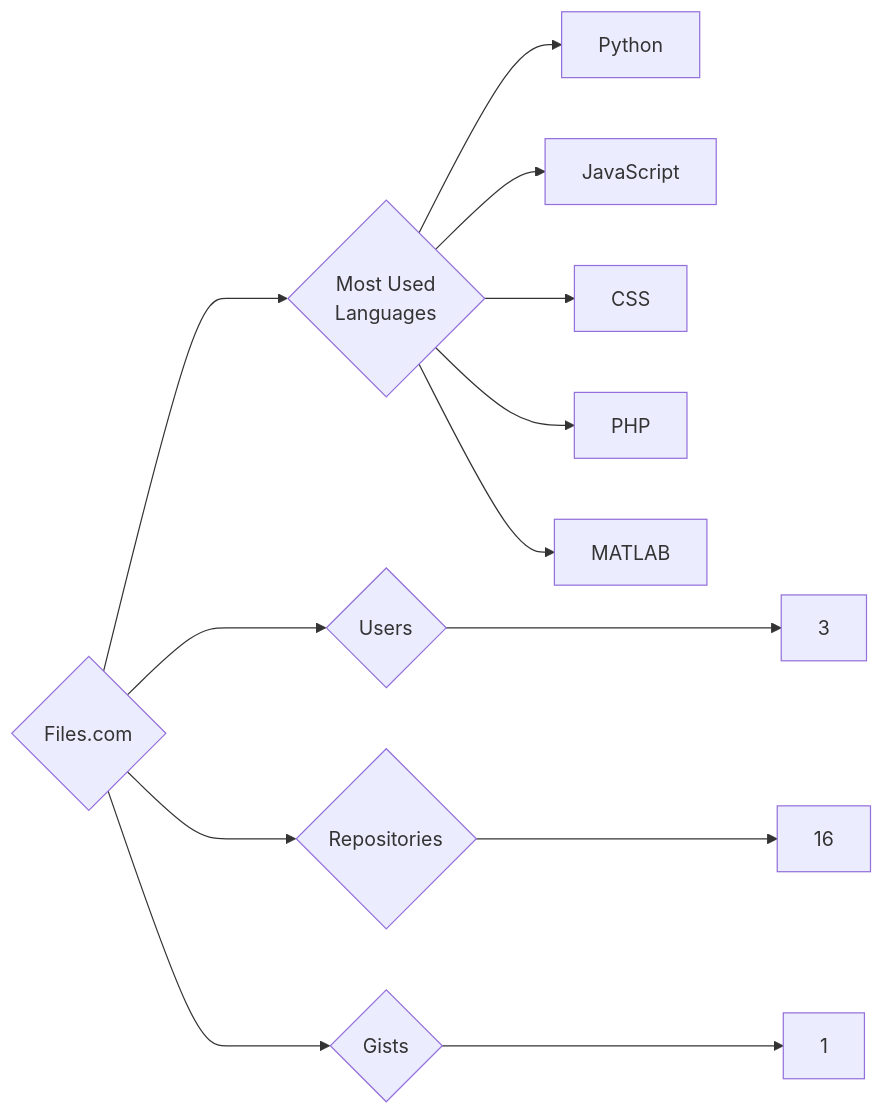
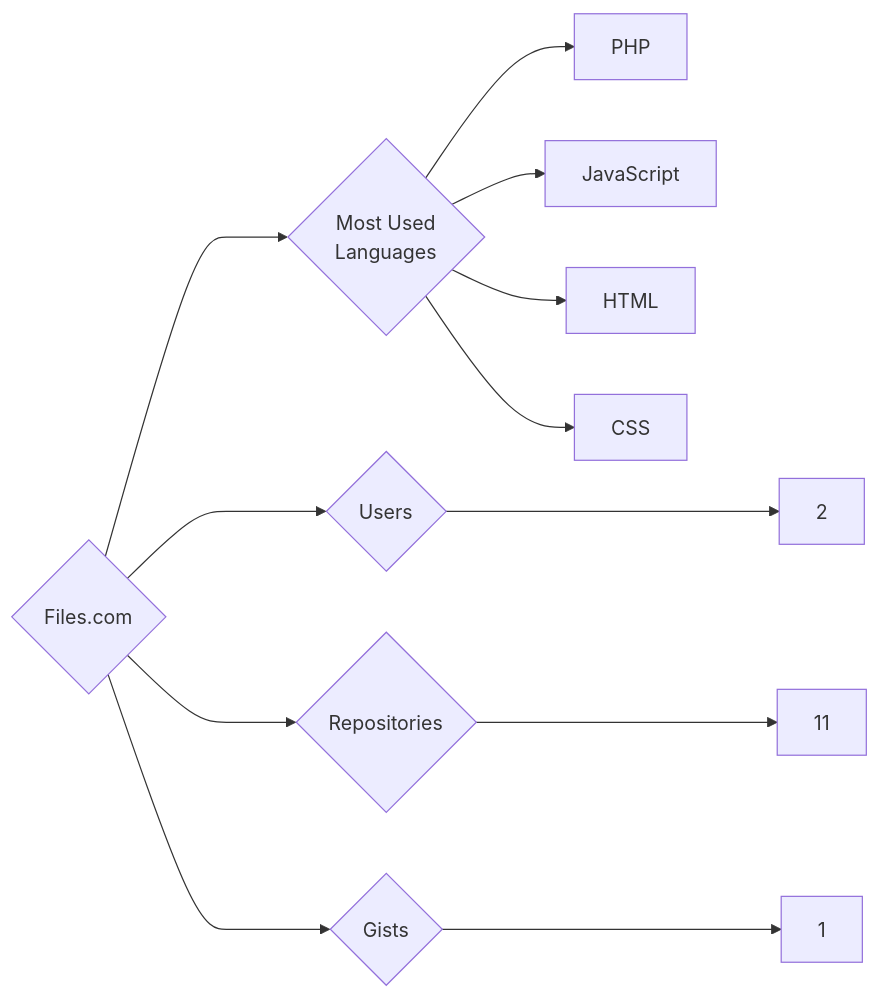
Before and after one commit to trickest/insiders: the diagram in targets/Files.com/README.md, drawn with Mermaid. The commit also changed 912 other files, not shown here.

````diff
--- a/targets/Files.com/README.md
+++ b/targets/Files.com/README.md
@@ -3,13 +3,12 @@
 ```mermaid
 graph LR
 COMPANY_NAME{Files.com}
-COMPANY_NAME ---> U{Users} ---> UN[3]
-COMPANY_NAME ---> R{Repositories} ---> RN[16]
+COMPANY_NAME ---> U{Users} ---> UN[2]
+COMPANY_NAME ---> R{Repositories} ---> RN[11]
 COMPANY_NAME ---> G{Gists} ---> GN[1]
 COMPANY_NAME ---> ML{Most Used<br>Languages}
-ML --> Python[Python]
+ML --> PHP[PHP]
 ML --> JavaScript[JavaScript]
+ML --> HTML[HTML]
 ML --> CSS[CSS]
-ML --> PHP[PHP]
-ML --> MATLAB[MATLAB]
 ```
````
